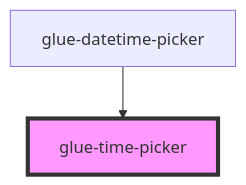
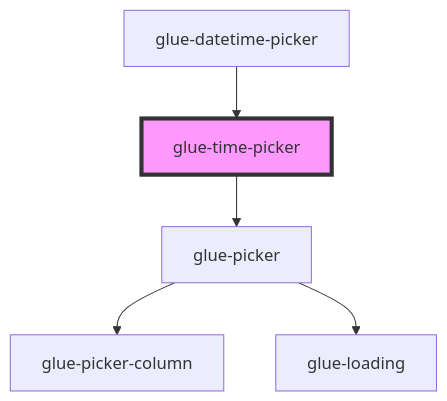
One commit to grasilife/glue changed the diagram in packages/glue-components/src/components/glue-time-picker/readme.md. Above: the diagram before and after it, drawn with Mermaid. The commit also changed other lines of this file and 7 other files, not shown here.

````diff
--- a/packages/glue-components/src/components/glue-time-picker/readme.md
+++ b/packages/glue-components/src/components/glue-time-picker/readme.md
@@ -22,5 +43,8 @@
 ```mermaid
 graph TD;
+  glue-time-picker --> glue-picker
+  glue-picker --> glue-picker-column
+  glue-picker --> glue-loading
   glue-datetime-picker --> glue-time-picker
   style glue-time-picker fill:#f9f,stroke:#333,stroke-width:4px
 ```
````
